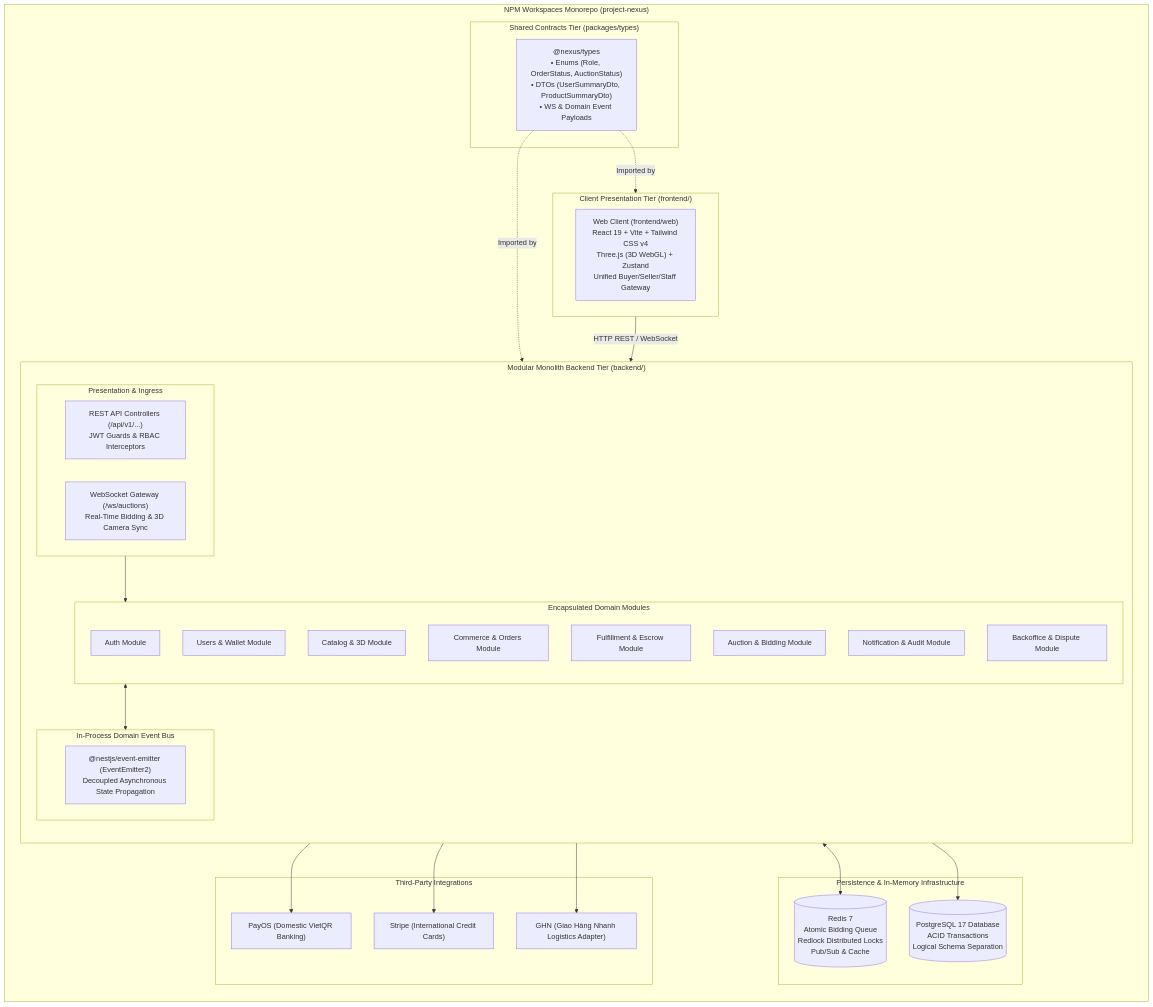
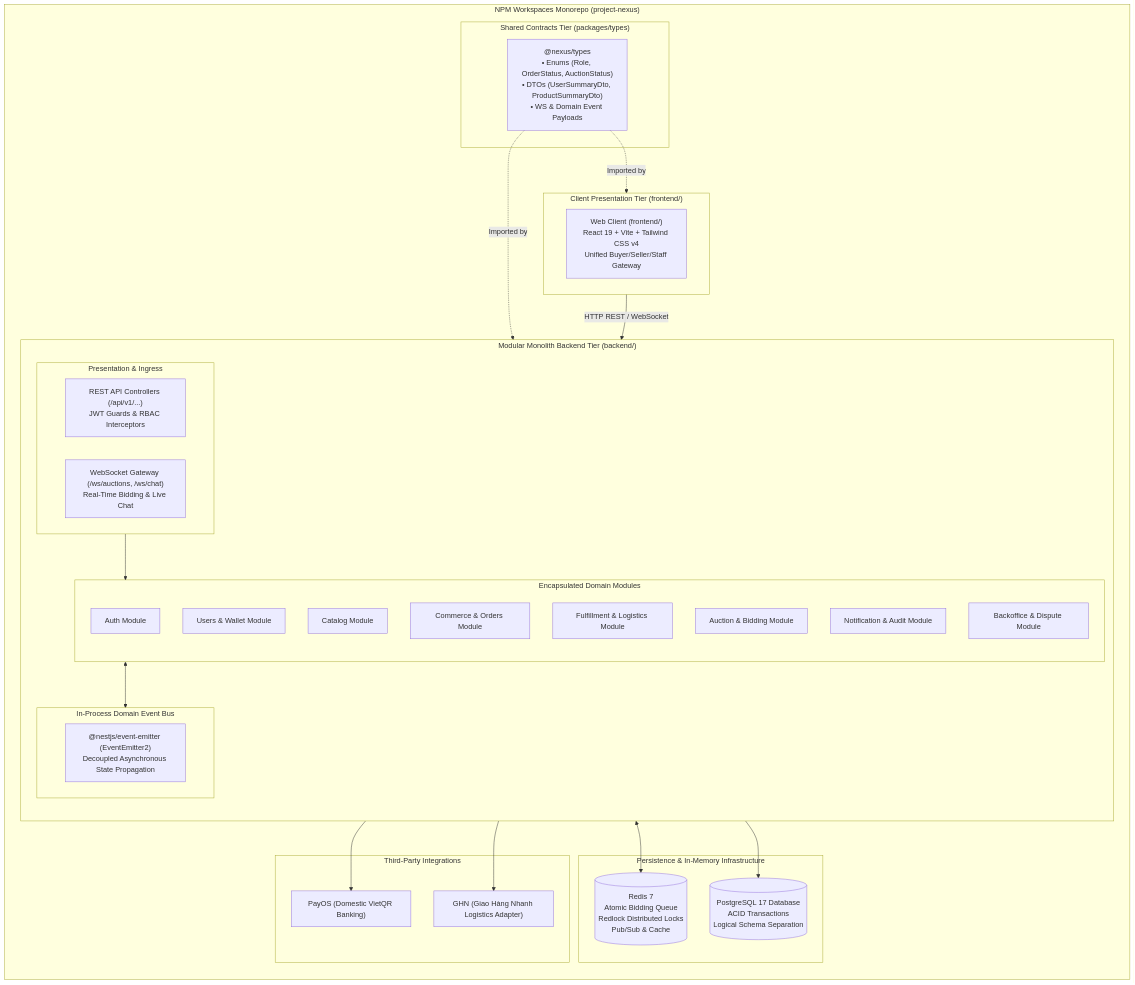
The first of 2 diagrams in docs/architecture/ARCHITECTURE_MODEL.md (MinhPhuc00ne/project-nexus), drawn with Mermaid before and after one commit. The commit also changed other lines of this file and 13 other files, not shown here.

````diff
--- a/docs/architecture/ARCHITECTURE_MODEL.md
+++ b/docs/architecture/ARCHITECTURE_MODEL.md
@@ -11,61 +11,59 @@
 ```mermaid
 flowchart TB
     subgraph MonorepoRoot["NPM Workspaces Monorepo (project-nexus)"]
         direction TB
 
         subgraph SharedTier["Shared Contracts Tier (packages/types)"]
             TypesPackage["@nexus/types<br/>• Enums (Role, OrderStatus, AuctionStatus)<br/>• DTOs (UserSummaryDto, ProductSummaryDto)<br/>• WS & Domain Event Payloads"]
         end
 
         subgraph ClientTier["Client Presentation Tier (frontend/)"]
-            WebClient["Web Client (frontend/web)<br/>React 19 + Vite + Tailwind CSS v4<br/>Three.js (3D WebGL) + Zustand<br/>Unified Buyer/Seller/Staff Gateway"]
+            WebClient["Web Client (frontend/)<br/>React 19 + Vite + Tailwind CSS v4<br/>Unified Buyer/Seller/Staff Gateway"]
         end
 
         subgraph BackendTier["Modular Monolith Backend Tier (backend/)"]
             direction TB
 
             subgraph IngressLayer["Presentation & Ingress"]
                 HTTPControllers["REST API Controllers (/api/v1/...)<br/>JWT Guards & RBAC Interceptors"]
-                WSGateway["WebSocket Gateway (/ws/auctions)<br/>Real-Time Bidding & 3D Camera Sync"]
+                WSGateway["WebSocket Gateway (/ws/auctions, /ws/chat)<br/>Real-Time Bidding & Live Chat"]
             end
 
             subgraph ModulesLayer["Encapsulated Domain Modules"]
                 AuthMod["Auth Module"]
                 UsersMod["Users & Wallet Module"]
-                CatalogMod["Catalog & 3D Module"]
+                CatalogMod["Catalog Module"]
                 CommerceMod["Commerce & Orders Module"]
-                FulfillMod["Fulfillment & Escrow Module"]
+                FulfillMod["Fulfillment & Logistics Module"]
                 AuctionMod["Auction & Bidding Module"]
                 NotifyMod["Notification & Audit Module"]
                 BackofficeMod["Backoffice & Dispute Module"]
             end
 
             subgraph EventBus["In-Process Domain Event Bus"]
                 EventEmitter["@nestjs/event-emitter (EventEmitter2)<br/>Decoupled Asynchronous State Propagation"]
             end
 
             IngressLayer --> ModulesLayer
             ModulesLayer <--> EventBus
         end
 
         subgraph InfraTier["Persistence & In-Memory Infrastructure"]
             PostgreSQL[(PostgreSQL 17 Database<br/>ACID Transactions<br/>Logical Schema Separation)]
             Redis[(Redis 7<br/>Atomic Bidding Queue<br/>Redlock Distributed Locks<br/>Pub/Sub & Cache)]
         end
 
         subgraph ExternalAPIs["Third-Party Integrations"]
             PayOS["PayOS (Domestic VietQR Banking)"]
-            Stripe["Stripe (International Credit Cards)"]
             GHN["GHN (Giao Hàng Nhanh Logistics Adapter)"]
         end
     end
 
     TypesPackage -.->|Imported by| ClientTier
     TypesPackage -.->|Imported by| BackendTier
     ClientTier -->|HTTP REST / WebSocket| IngressLayer
     ModulesLayer --> PostgreSQL
     AuctionMod <--> Redis
     CommerceMod --> PayOS
-    CommerceMod --> Stripe
     FulfillMod --> GHN
 ```
````
